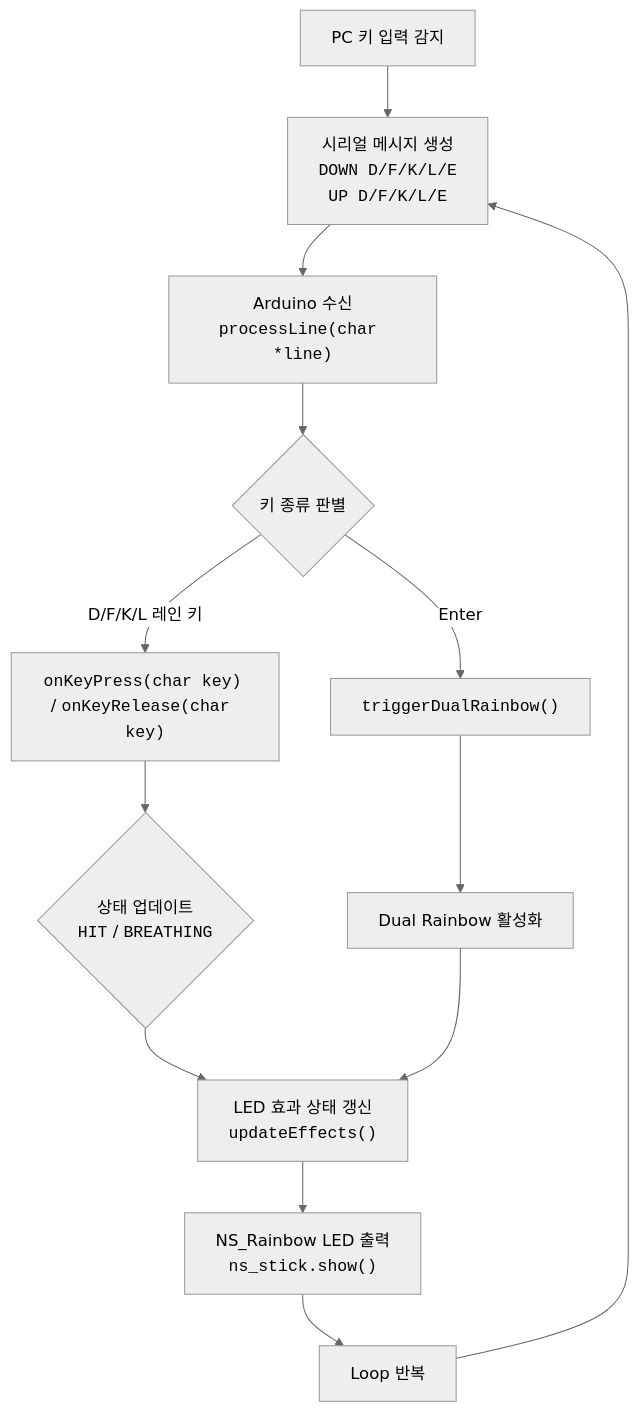
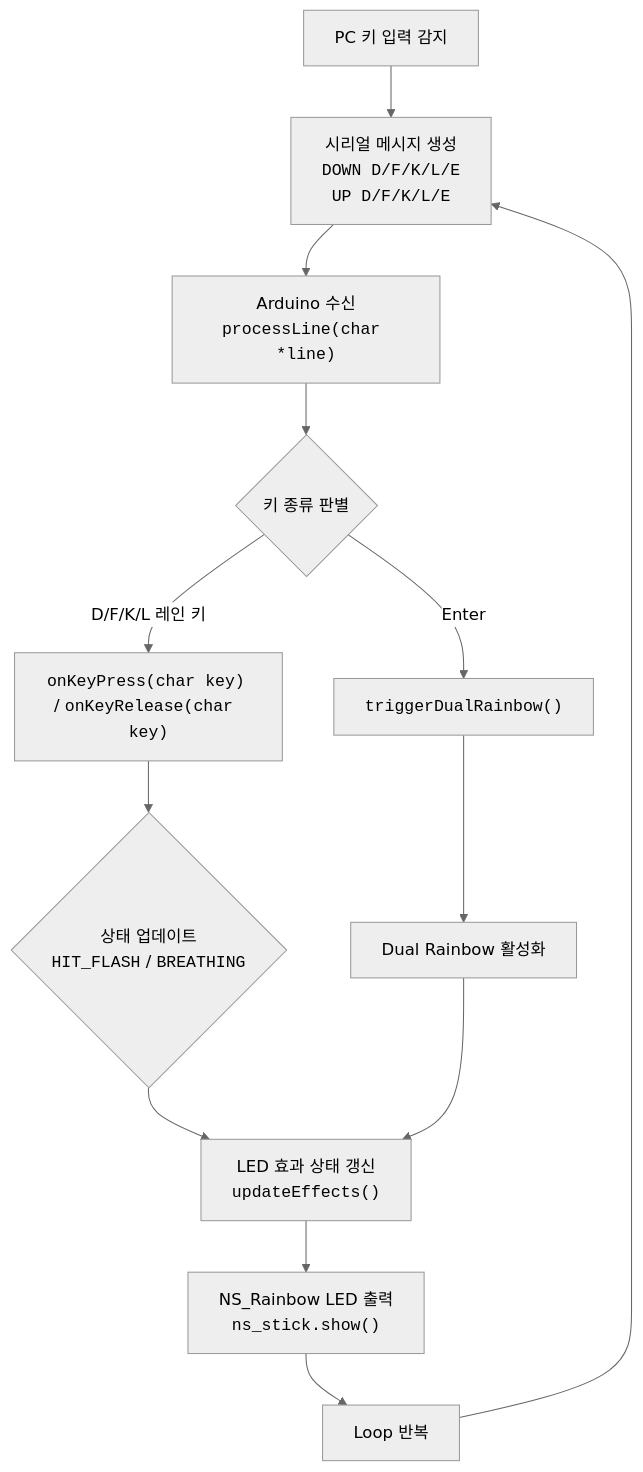
Before and after one commit to mu-hun/PLATiNA-LED: the diagram in README.md, drawn with Mermaid (neutral theme). The commit also changed 1 other file, not shown here.

Commit message:
HIT_FLASH 상태 이름 누락 고치기

````diff
--- a/README.md
+++ b/README.md
@@ -149,15 +149,15 @@
 ```mermaid
 flowchart TB
     A["PC 키 입력 감지"] --> B["시리얼 메시지 생성<br><code>DOWN D/F/K/L/E<br>UP D/F/K/L/E</code>"]
     B --> C@{ label: "Arduino 수신<br/><code>processLine(char *line)</code>" }
     C --> D{"키 종류 판별"}
     D -- D/F/K/L 레인 키 --> E@{ label: "<code>onKeyPress(char key)</code> / <code>onKeyRelease(char key)</code>" }
     D -- Enter --> F@{ label: "<code>triggerDualRainbow()</code>" }
-    E --> G{"상태 업데이트<br><code>HIT</code> / <code>BREATHING</code>"}
+    E --> G{"상태 업데이트<br><code>HIT_FLASH</code> / <code>BREATHING</code>"}
     G --> H["LED 효과 상태 갱신<br/><code>updateEffects()</code>"]
     F --> I["Dual Rainbow 활성화"]
     I --> H
     H --> J["NS_Rainbow LED 출력<br><code>ns_stick.show()</code>"]
     J --> K["Loop 반복"]
     K --> B
 ```
````
